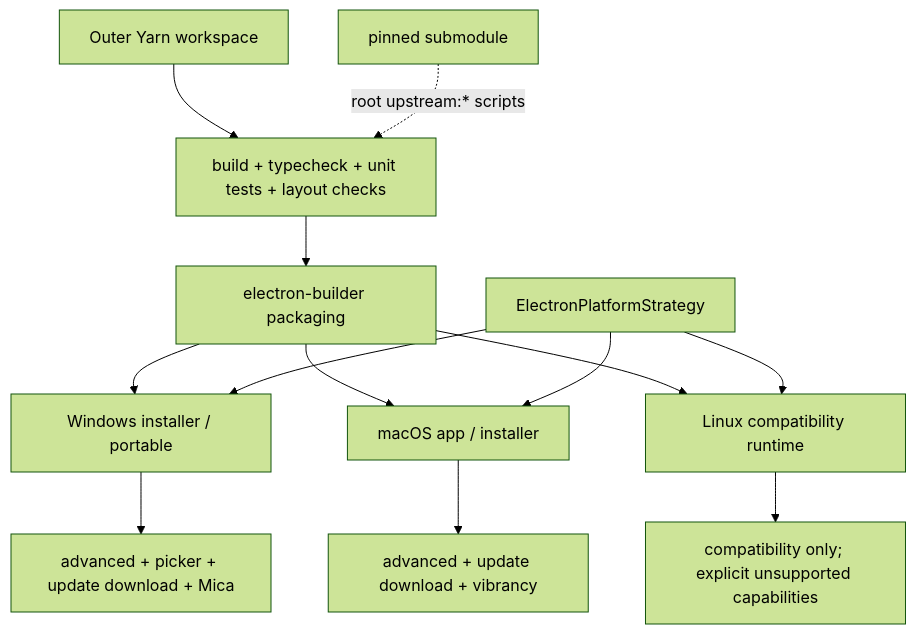
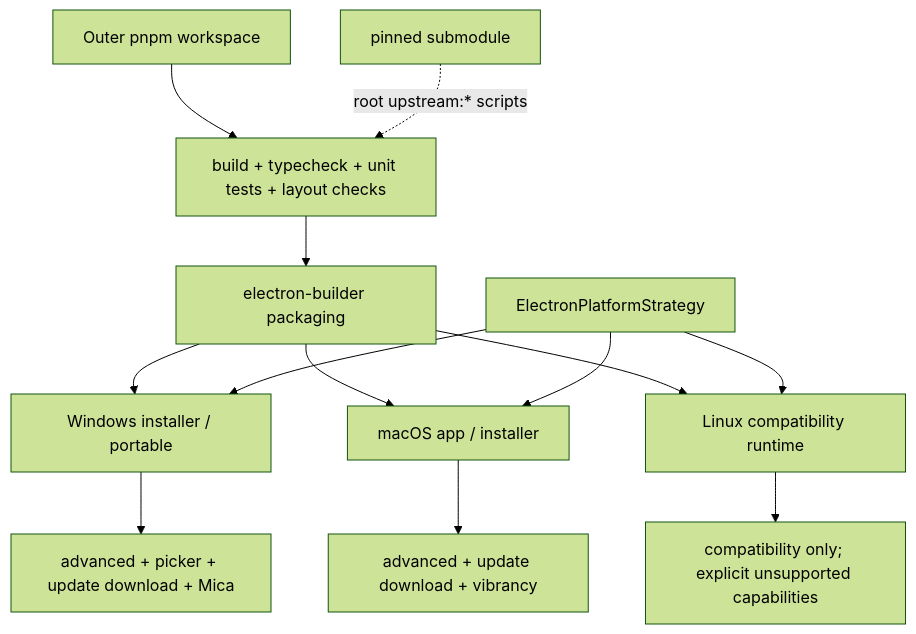
One commit to AngusFan-GH/ClawClaw changed diagram 11 of 11 in .agents/notes/proposed/architecture/2026-08-19-desktop-system-architecture-atlas.zh.md. Above: the diagram before and after it, drawn with Mermaid (forest theme). The commit also changed other lines of this file and 82 other files, not shown here.

Commit message:
chore: migrate workspace to pnpm

````diff
--- a/.agents/notes/proposed/architecture/2026-08-19-desktop-system-architecture-atlas.zh.md
+++ b/.agents/notes/proposed/architecture/2026-08-19-desktop-system-architecture-atlas.zh.md
@@ -264,15 +264,15 @@
 ```mermaid
 flowchart TB
-  Source[Outer Yarn workspace] --> Gate[build + typecheck + unit tests + layout checks]
+  Source[Outer pnpm workspace] --> Gate[build + typecheck + unit tests + layout checks]
   Gate --> Package[electron-builder packaging]
   Package --> Win[Windows installer / portable]
   Package --> Mac[macOS app / installer]
   Package --> Linux[Linux compatibility runtime]
   Strategy[ElectronPlatformStrategy] --> Win
   Strategy --> Mac
   Strategy --> Linux
   Win --> WCap[advanced + picker + update download + Mica]
   Mac --> MCap[advanced + update download + vibrancy]
   Linux --> LCap[compatibility only; explicit unsupported capabilities]
   Upstream[pinned submodule] -. root upstream:* scripts .-> Gate
 ```
````
